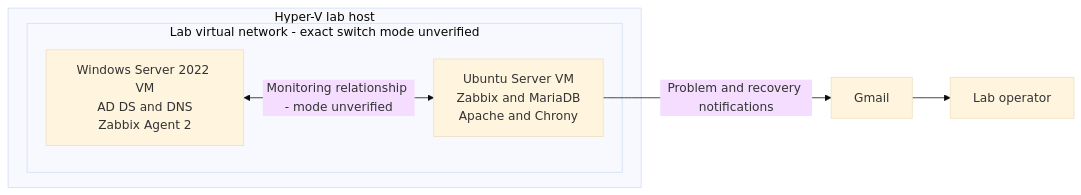
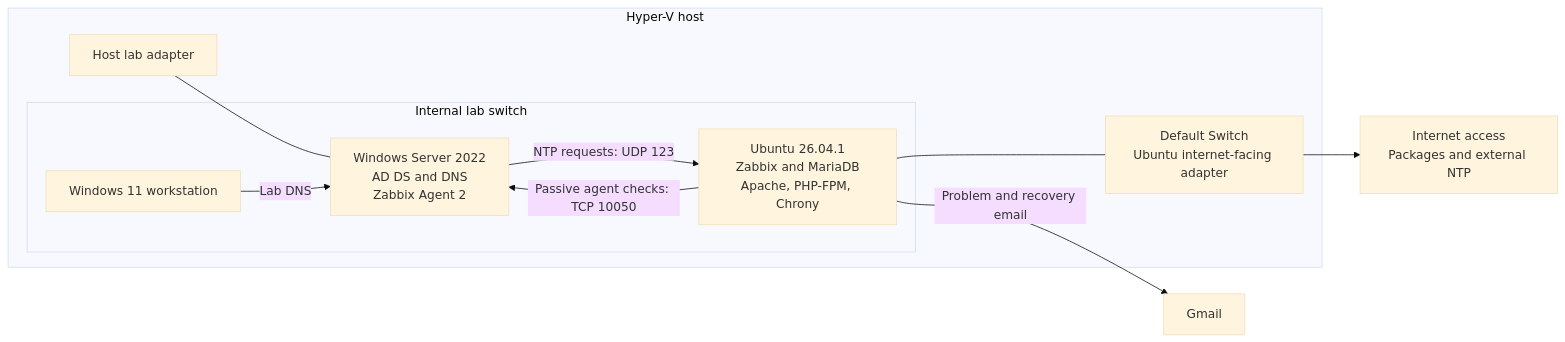
One commit to DallasDeas/enterprise-infrastructure-monitoring-lab changed the diagram in README.md. Above: the diagram before and after it, drawn with Mermaid (base theme). The commit also changed other lines of this file and 159 other files, not shown here.

````diff
--- a/README.md
+++ b/README.md
@@ -36,12 +30,19 @@
 ```mermaid
 flowchart LR
-  subgraph H[Hyper-V lab host]
-    subgraph N[Lab virtual network - exact switch mode unverified]
-      W["Windows Server 2022 VM<br/>AD DS and DNS<br/>Zabbix Agent 2"]
-      U["Ubuntu Server VM<br/>Zabbix and MariaDB<br/>Apache and Chrony"]
+  subgraph H[Hyper-V host]
+    V[Host lab adapter]
+    subgraph L[Internal lab switch]
+      D["Windows Server 2022<br/>AD DS and DNS<br/>Zabbix Agent 2"]
+      W[Windows 11 workstation]
+      U["Ubuntu 26.04.1<br/>Zabbix and MariaDB<br/>Apache, PHP-FPM, Chrony"]
     end
+    S["Default Switch<br/>Ubuntu internet-facing adapter"]
+    V --- D
+    W -->|Lab DNS| D
+    U -->|Passive agent checks: TCP 10050| D
+    D -->|NTP requests: UDP 123| U
+    U --- S
   end
-  W <-->|Monitoring relationship - mode unverified| U
-  U -->|Problem and recovery notifications| G[Gmail]
-  G --> R[Lab operator]
+  S --> I["Internet access<br/>Packages and external NTP"]
+  U -->|Problem and recovery email| G[Gmail]
 ```
````
